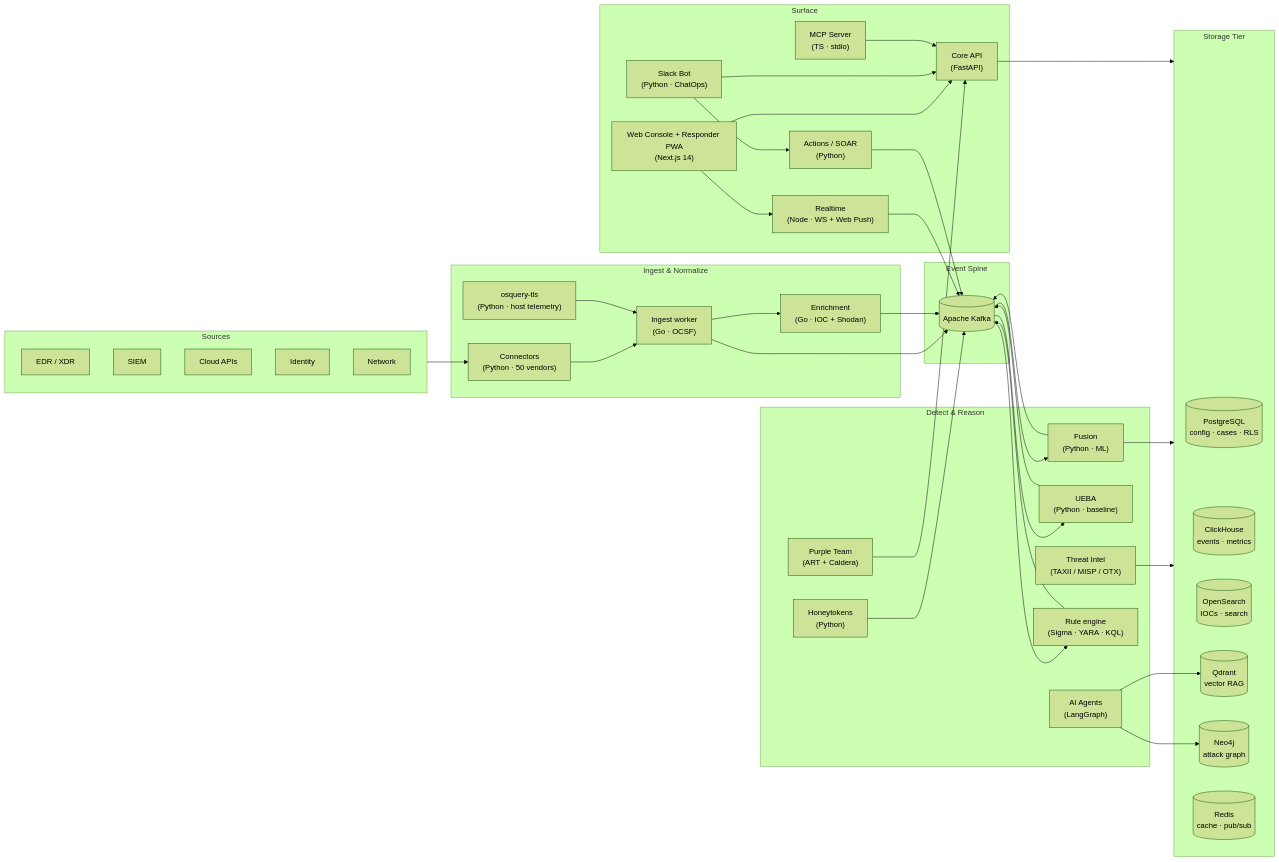
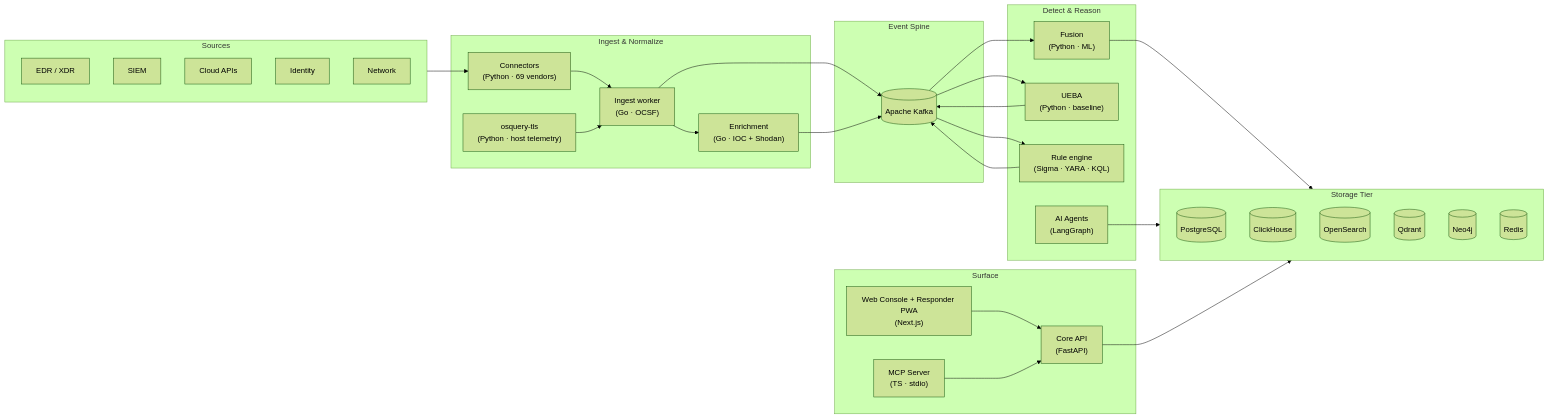
The diagram in README.md (hyyyh0x/AiSOC), drawn with Mermaid (forest theme) before and after one commit. The commit also changed other lines of this file and 101 other files, not shown here.

````diff
--- a/README.md
+++ b/README.md
@@ -335,70 +105,54 @@
 ```mermaid
 flowchart LR
     subgraph Sources["Sources"]
         EDR["EDR / XDR"]
         SIEM["SIEM"]
         Cloud["Cloud APIs"]
         IDP["Identity"]
         Net["Network"]
     end
 
     subgraph Ingest["Ingest & Normalize"]
-        Connectors["Connectors\n(Python · 50 vendors)"]
+        Connectors["Connectors\n(Python · 69 vendors)"]
         OsqueryTLS["osquery-tls\n(Python · host telemetry)"]
         IngestSvc["Ingest worker\n(Go · OCSF)"]
         Enrich["Enrichment\n(Go · IOC + Shodan)"]
     end
 
     subgraph Spine["Event Spine"]
         Kafka[("Apache Kafka")]
     end
 
     subgraph Detect["Detect & Reason"]
         Fusion["Fusion\n(Python · ML)"]
         UEBA["UEBA\n(Python · baseline)"]
-        TI["Threat Intel\n(TAXII / MISP / OTX)"]
         Rules["Rule engine\n(Sigma · YARA · KQL)"]
         Agents["AI Agents\n(LangGraph)"]
-        HT["Honeytokens\n(Python)"]
-        PT["Purple Team\n(ART + Caldera)"]
     end
 
     subgraph Storage["Storage Tier"]
-        PG[("PostgreSQL\nconfig · cases · RLS")]
-        CH[("ClickHouse\nevents · metrics")]
-        OS[("OpenSearch\nIOCs · search")]
-        QD[("Qdrant\nvector RAG")]
-        N4[("Neo4j\nattack graph")]
-        RD[("Redis\ncache · pub/sub")]
+        PG[("PostgreSQL")]
+        CH[("ClickHouse")]
+        OS[("OpenSearch")]
+        QD[("Qdrant")]
+        N4[("Neo4j")]
+        RD[("Redis")]
     end
 
     subgraph Surface["Surface"]
         API["Core API\n(FastAPI)"]
-        RT["Realtime\n(Node · WS + Web Push)"]
-        Web["Web Console + Responder PWA\n(Next.js 14)"]
-        Actions["Actions / SOAR\n(Python)"]
-        Slack["Slack Bot\n(Python · ChatOps)"]
+        Web["Web Console + Responder PWA\n(Next.js)"]
         MCP["MCP Server\n(TS · stdio)"]
     end
 
     Sources --> Connectors --> IngestSvc --> Kafka
     OsqueryTLS --> IngestSvc
     IngestSvc --> Enrich --> Kafka
-    Kafka --> Fusion --> Kafka
+    Kafka --> Fusion --> Storage
     Kafka --> UEBA --> Kafka
     Kafka --> Rules --> Kafka
-    TI --> Storage
-    Fusion --> Storage
-    HT --> Kafka
-    PT --> API
-    Agents --> QD
-    Agents --> N4
+    Agents --> Storage
     API --> Storage
-    RT --> Kafka
     Web --> API
-    Web --> RT
-    Actions --> Kafka
-    Slack --> API
-    Slack --> Actions
     MCP --> API
 ```
````
